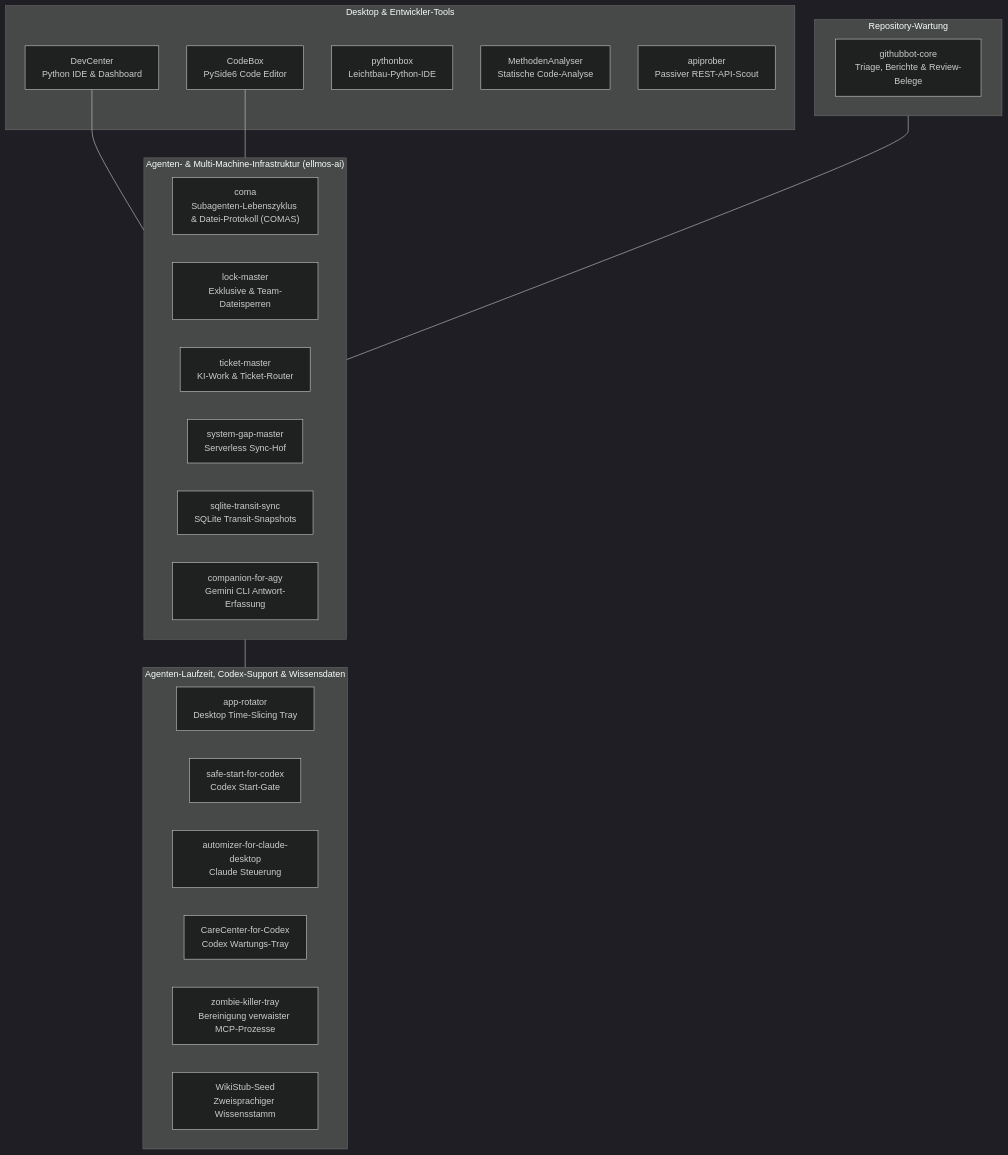
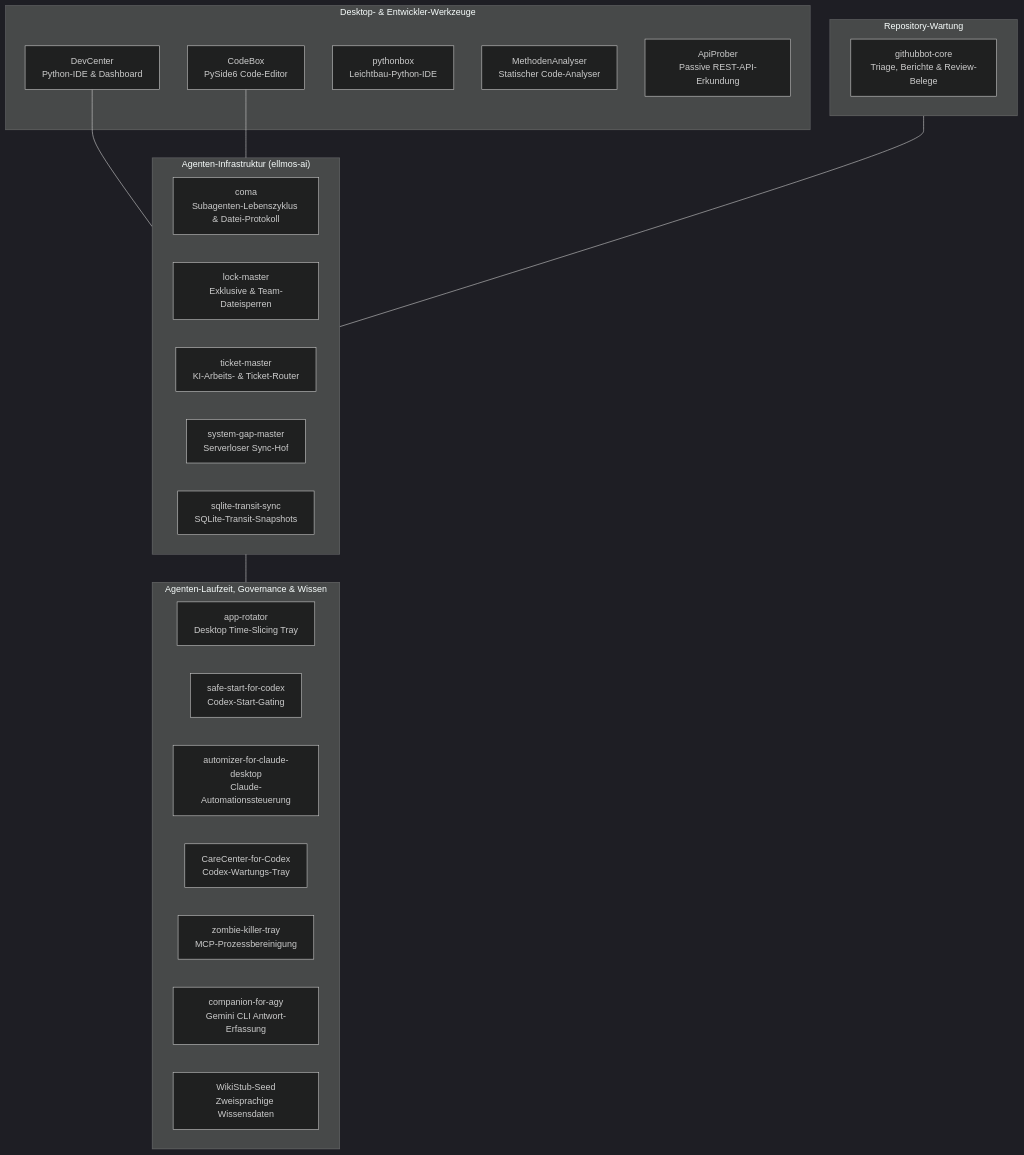
Before and after one commit to dev-bricks/.github: the diagram in profile/README_de.md, drawn with Mermaid (dark theme). The commit also changed other lines of this file and 5 other files, not shown here.

````diff
--- a/profile/README_de.md
+++ b/profile/README_de.md
@@ -134,37 +135,37 @@
 ```mermaid
 flowchart TD
-  subgraph IDE["Desktop & Entwickler-Tools"]
-    DC["DevCenter<br/>Python IDE & Dashboard"]
-    CB["CodeBox<br/>PySide6 Code Editor"]
+  subgraph IDE["Desktop- & Entwickler-Werkzeuge"]
+    DC["DevCenter<br/>Python-IDE & Dashboard"]
+    CB["CodeBox<br/>PySide6 Code-Editor"]
     PB["pythonbox<br/>Leichtbau-Python-IDE"]
-    MA["MethodenAnalyser<br/>Statische Code-Analyse"]
-    AP["apiprober<br/>Passiver REST-API-Scout"]
+    MA["MethodenAnalyser<br/>Statischer Code-Analyser"]
+    AP["ApiProber<br/>Passive REST-API-Erkundung"]
   end
 
   subgraph REPO["Repository-Wartung"]
     GBC["githubbot-core<br/>Triage, Berichte & Review-Belege"]
   end
 
-  subgraph INFRA["Agenten- & Multi-Machine-Infrastruktur (ellmos-ai)"]
-    COM["coma<br/>Subagenten-Lebenszyklus & Datei-Protokoll (COMAS)"]
+  subgraph INFRA["Agenten-Infrastruktur (ellmos-ai)"]
+    COM["coma<br/>Subagenten-Lebenszyklus & Datei-Protokoll"]
     LM["lock-master<br/>Exklusive & Team-Dateisperren"]
-    TM["ticket-master<br/>KI-Work & Ticket-Router"]
-    SGM["system-gap-master<br/>Serverless Sync-Hof"]
-    STS["sqlite-transit-sync<br/>SQLite Transit-Snapshots"]
-    AGY["companion-for-agy<br/>Gemini CLI Antwort-Erfassung"]
+    TM["ticket-master<br/>KI-Arbeits- & Ticket-Router"]
+    SGM["system-gap-master<br/>Serverloser Sync-Hof"]
+    STS["sqlite-transit-sync<br/>SQLite-Transit-Snapshots"]
   end
 
-  subgraph AGENT["Agenten-Laufzeit, Codex-Support & Wissensdaten"]
+  subgraph AGENT["Agenten-Laufzeit, Governance & Wissen"]
     AR["app-rotator<br/>Desktop Time-Slicing Tray"]
-    SSC["safe-start-for-codex<br/>Codex Start-Gate"]
-    ACD["automizer-for-claude-desktop<br/>Claude Steuerung"]
-    CCC["CareCenter-for-Codex<br/>Codex Wartungs-Tray"]
-    ZKT["zombie-killer-tray<br/>Bereinigung verwaister MCP-Prozesse"]
-    WSS["WikiStub-Seed<br/>Zweisprachiger Wissensstamm"]
+    SSC["safe-start-for-codex<br/>Codex-Start-Gating"]
+    ACD["automizer-for-claude-desktop<br/>Claude-Automationssteuerung"]
+    CCC["CareCenter-for-Codex<br/>Codex-Wartungs-Tray"]
+    ZKT["zombie-killer-tray<br/>MCP-Prozessbereinigung"]
+    AGY["companion-for-agy<br/>Gemini CLI Antwort-Erfassung"]
+    WSS["WikiStub-Seed<br/>Zweisprachige Wissensdaten"]
   end
 
   DC --- INFRA
   CB --- INFRA
   REPO --- INFRA
   INFRA --- AGENT
 ```
````
